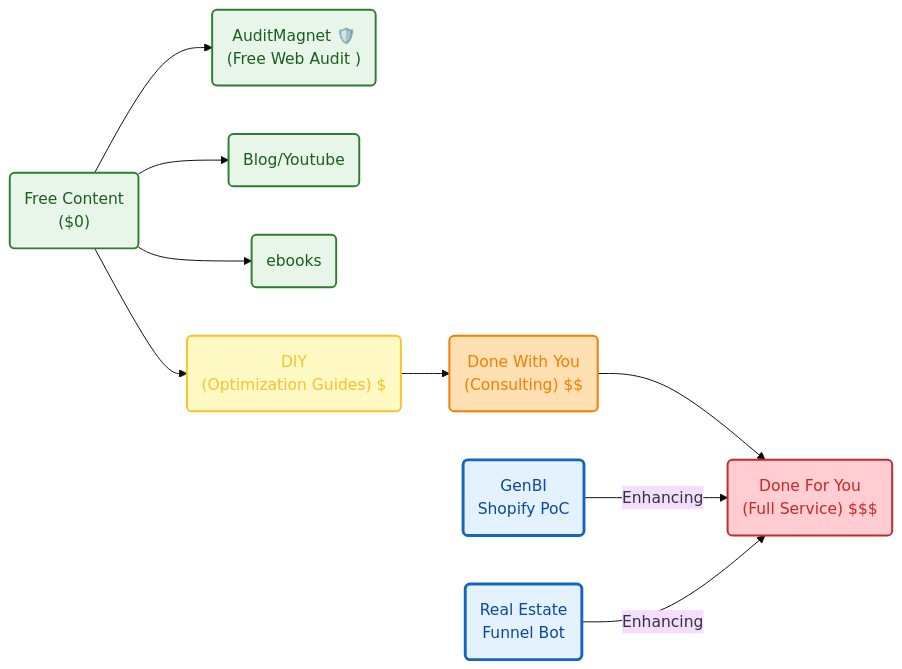
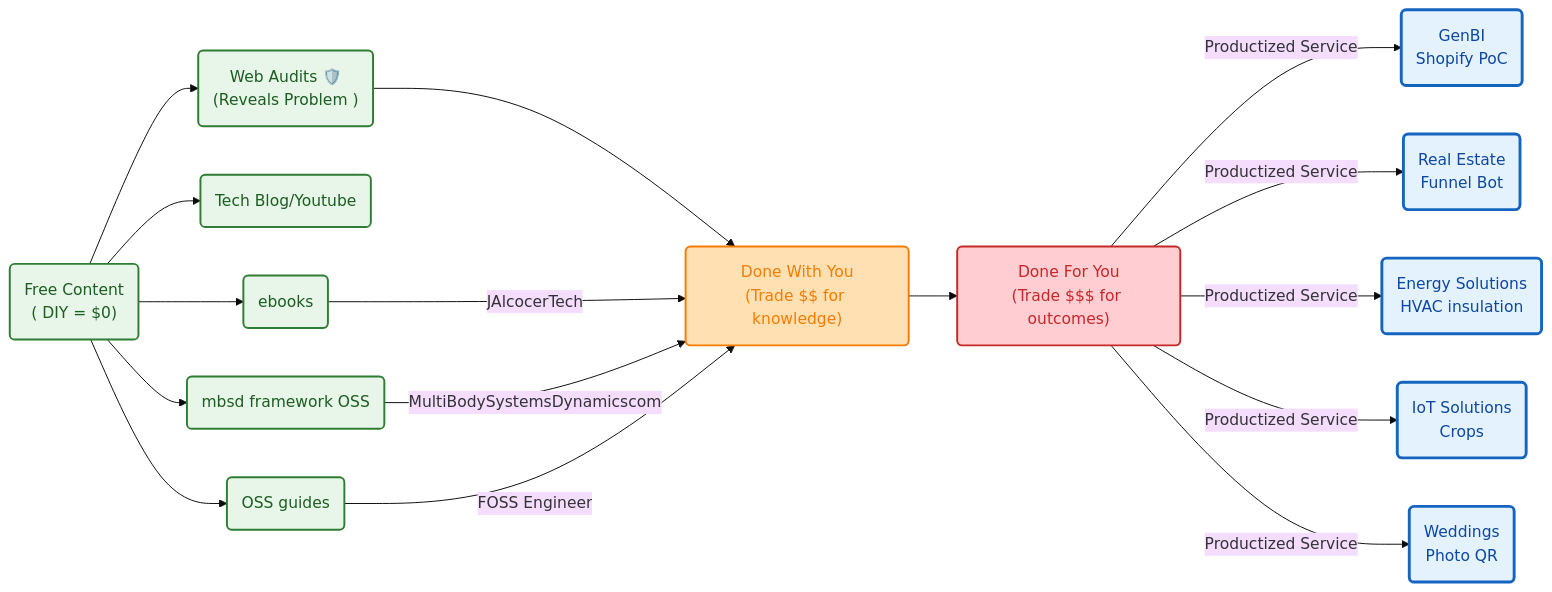
Before and after one commit to JAlcocerT/JAlcocerT: the diagram in content/blog/jalcocertech-services-0626.md, drawn with Mermaid (base theme). The commit also changed other lines of this file and 4 other files, not shown here.

````diff
--- a/content/blog/jalcocertech-services-0626.md
+++ b/content/blog/jalcocertech-services-0626.md
@@ -29,31 +31,42 @@
 ```mermaid
 flowchart LR
     %% --- Styles ---
     classDef free fill:#E8F5E9,stroke:#2E7D32,stroke-width:2px,color:#1B5E20;
     classDef low fill:#FFF9C4,stroke:#FBC02D,stroke-width:2px,color:#FBC02D;
     classDef mid fill:#FFE0B2,stroke:#F57C00,stroke-width:2px,color:#F57C00;
     classDef high fill:#FFCDD2,stroke:#C62828,stroke-width:2px,color:#C62828;
     classDef bridge fill:#E3F2FD,stroke:#1565C0,stroke-width:3px,color:#0D47A1;
 
     %% --- Nodes ---
-    L0("Free Content<br/>($0)"):::free
-    L1("AuditMagnet 🛡️<br/>(Free Web Audit )"):::free
-    L11(" Blog/Youtube"):::free
-    L12(" ebooks"):::free
-    L2("DIY<br/>(Optimization Guides) $"):::low
-    L3("Done With You<br/>(Consulting) $$"):::mid
-    L4("Done For You<br/>(Full Service) $$$"):::high
+    L0("Free Content<br/>( DIY = $0)"):::free
+    L1("Web Audits 🛡️<br/>(Reveals Problem )"):::free
+    L11("Tech Blog/Youtube"):::free
+    L12("ebooks"):::free
+    L13("mbsd framework OSS"):::free
+    L14("OSS guides"):::free
+
+    L3("Done With You<br/>(Trade $$ for knowledge)"):::mid
+    L4("Done For You<br/>(Trade $$$ for outcomes)"):::high
     L44("GenBI<br/>Shopify PoC"):::bridge
     L45("Real Estate<br/>Funnel Bot"):::bridge
-
+    L46("Energy Solutions<br/>HVAC insulation"):::bridge
+    L47("IoT Solutions<br/>Crops"):::bridge
+    L48("Weddings<br/>Photo QR"):::bridge
 
     %% --- Connections ---
     L0 --> L1
-    L0 --> L2
+    L1 --> L3
+    L12 -->|JAlcocerTech| L3
+    L13 -->|MultiBodySystemsDynamicscom| L3
+    L14 -->|FOSS Engineer| L3
     L0 --> L11
     L0 --> L12
-    L2 --> L3
+    L0 --> L13
+    L0 --> L14
     L3 --> L4
-    L44 -->|Enhancing| L4
-    L45 -->|Enhancing| L4
+    L4 -->|Productized Service| L44
+    L4 -->|Productized Service| L45
+    L4 -->|Productized Service| L46
+    L4 -->|Productized Service| L47
+    L4 -->|Productized Service| L48
 ```
````
